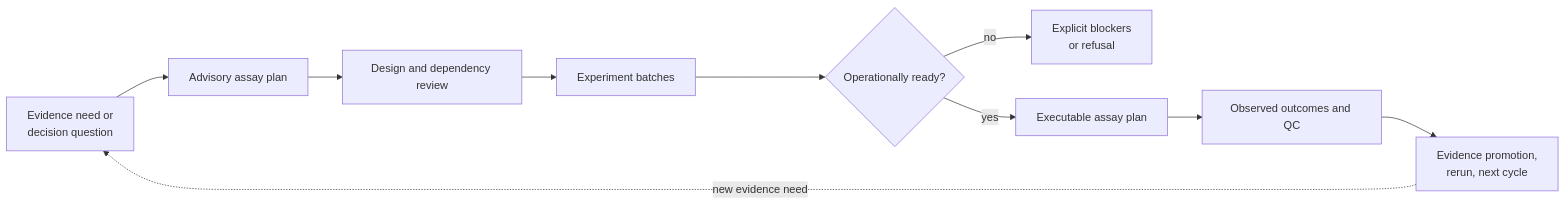
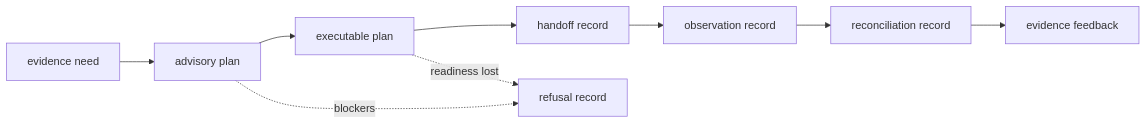
One commit to bijux/bijux-proteomics changed the first of 2 diagrams in docs/07-bijux-proteomics-lab/interfaces/index.md. Above: the diagram before and after it, drawn with Mermaid. The commit also changed other lines of this file and 3 other files, not shown here.

````diff
--- a/docs/07-bijux-proteomics-lab/interfaces/index.md
+++ b/docs/07-bijux-proteomics-lab/interfaces/index.md
@@ -19,17 +17,11 @@
 ```mermaid
 flowchart LR
-    need["Evidence need or<br/>decision question"]
-    advisory["Advisory assay plan"]
-    design["Design and dependency review"]
-    batch["Experiment batches"]
-    readiness{"Operationally ready?"}
-    refusal["Explicit blockers<br/>or refusal"]
-    execution["Executable assay plan"]
-    outcome["Observed outcomes and QC"]
-    reconcile["Evidence promotion,<br/>rerun, next cycle"]
-
-    need --> advisory --> design --> batch --> readiness
-    readiness -->|no| refusal
-    readiness -->|yes| execution --> outcome --> reconcile
-    reconcile -. new evidence need .-> need
+    I["evidence need"] --> A["advisory plan"]
+    A --> E["executable plan"]
+    E --> H["handoff record"]
+    H --> O["observation record"]
+    O --> R["reconciliation record"]
+    R --> F["evidence feedback"]
+    A -. blockers .-> X["refusal record"]
+    E -. readiness lost .-> X
 ```
````
